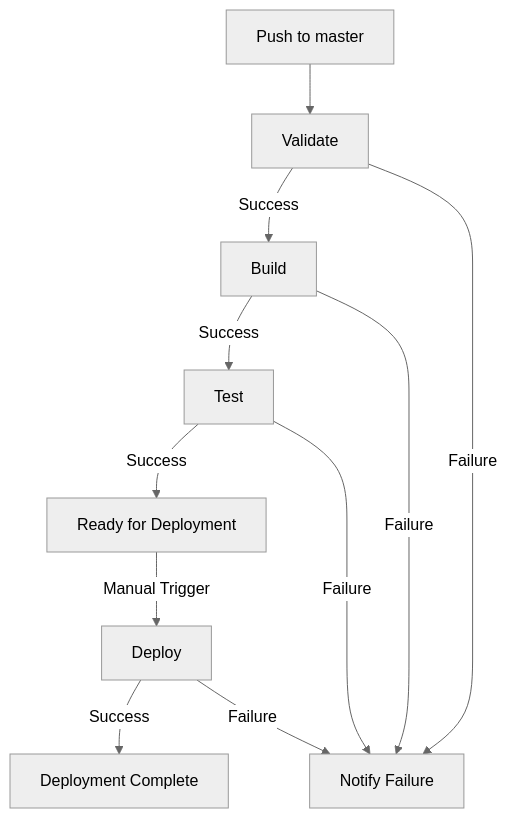
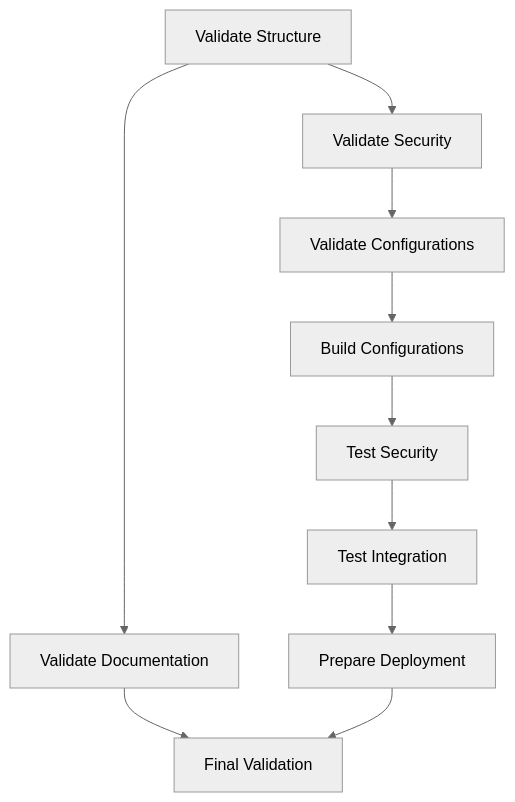
Before and after one commit to franck01081991/nixos-fabric: the first of 2 diagrams in .github/CI-CD-PIPELINE.md, drawn with Mermaid (neutral theme). The commit also changed other lines of this file and 25 other files, not shown here.

First line of the commit message:
feat(structure): complete repository reorganization and refactoring

````diff
--- a/.github/CI-CD-PIPELINE.md
+++ b/.github/CI-CD-PIPELINE.md
@@ -119,13 +9,12 @@
 ```mermaid
 graph TD
-    A[Push to master] --> B[Validate]
-    B -->|Success| C[Build]
-    B -->|Failure| F[Notify Failure]
-    C -->|Success| D[Test]
-    C -->|Failure| F
-    D -->|Success| E[Ready for Deployment]
-    D -->|Failure| F
-    E -->|Manual Trigger| G[Deploy]
-    G -->|Success| H[Deployment Complete]
-    G -->|Failure| F
+    A[Validate Structure] --> B[Validate Security]
+    B --> C[Validate Configurations]
+    C --> D[Build Configurations]
+    D --> E[Test Security]
+    E --> F[Test Integration]
+    F --> G[Prepare Deployment]
+    A --> H[Validate Documentation]
+    H --> I[Final Validation]
+    G --> I
 ```
````
